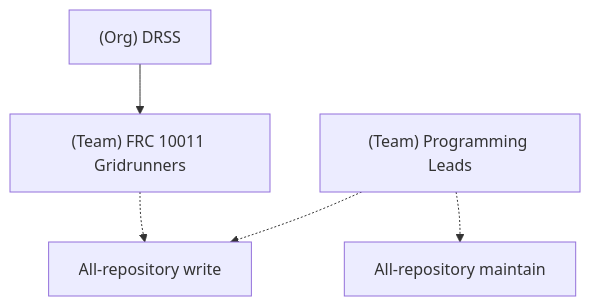
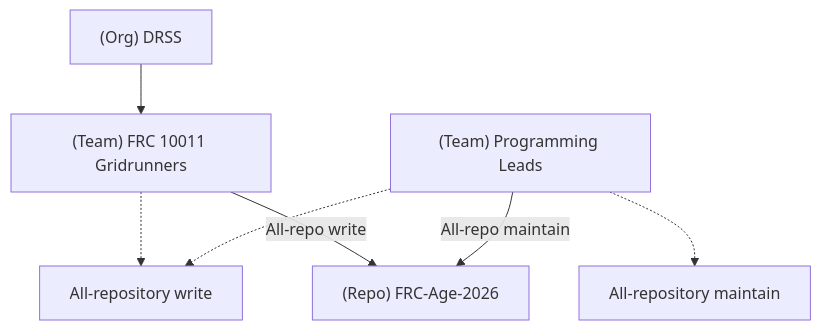
One commit to DRSS-Robotics/Programming-Docs changed the diagram in admin/github.md. Above: the diagram before and after it, drawn with Mermaid. The commit also changed other lines of this file, not shown here.

````diff
--- a/admin/github.md
+++ b/admin/github.md
@@ -6,13 +6,18 @@
 ```mermaid
 graph TD;
   drss["(Org) DRSS"]
   10011["(Team) FRC 10011 Gridrunners"]
   prog_leads["(Team) Programming Leads"]
   role_write["All-repository write"]
   role_maint["All-repository maintain"]
+  repo_FRC_Age_2026["(Repo) FRC-Age-2026"]
 
   drss-->10011
   10011-.->role_write
   prog_leads-.->role_write
-  prog_leads-.->role_maint  
+  prog_leads-.->role_maint
+
+  10011-->|All-repo write|repo_FRC_Age_2026
+  prog_leads-->|All-repo maintain|repo_FRC_Age_2026
+
 ```
````
